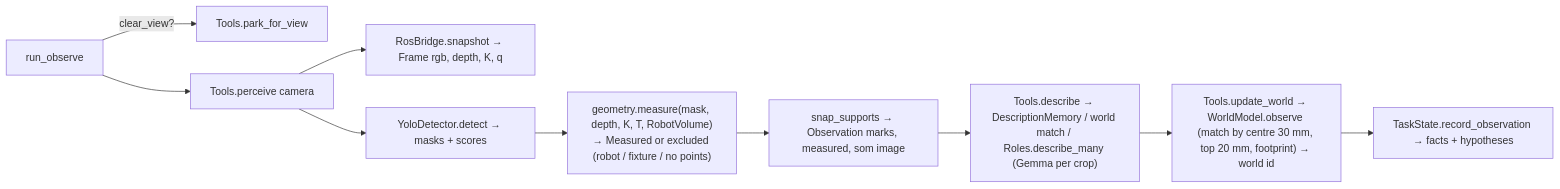
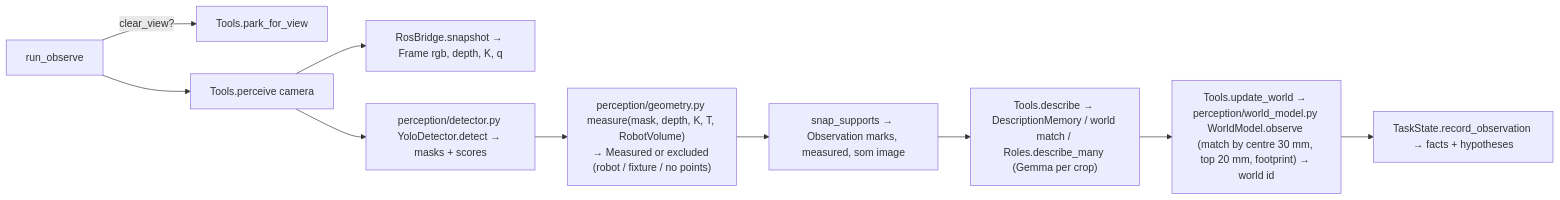
The third of 5 diagrams in docs/architecture/EXECUTION_FLOW.md (mahnoorkhalid369/MAVLA-RTM), drawn with Mermaid before and after one commit. The commit also changed other lines of this file and 6 other files, not shown here.

````diff
--- a/docs/architecture/EXECUTION_FLOW.md
+++ b/docs/architecture/EXECUTION_FLOW.md
@@ -104,12 +130,12 @@
 ```mermaid
 flowchart LR
   A[run_observe] -->|clear_view?| P[Tools.park_for_view]
   A --> B[Tools.perceive camera]
   B --> C[RosBridge.snapshot → Frame rgb, depth, K, q]
-  B --> D[YoloDetector.detect → masks + scores]
-  D --> E["geometry.measure(mask, depth, K, T, RobotVolume)\n→ Measured or excluded (robot / fixture / no points)"]
+  B --> D[perception/detector.py YoloDetector.detect → masks + scores]
+  D --> E["perception/geometry.py measure(mask, depth, K, T, RobotVolume)\n→ Measured or excluded (robot / fixture / no points)"]
   E --> F[snap_supports → Observation marks, measured, som image]
   F --> G["Tools.describe → DescriptionMemory / world match / Roles.describe_many (Gemma per crop)"]
-  G --> H["Tools.update_world → WorldModel.observe (match by centre 30 mm, top 20 mm, footprint) → world id"]
+  G --> H["Tools.update_world → perception/world_model.py WorldModel.observe (match by centre 30 mm, top 20 mm, footprint) → world id"]
   H --> I[TaskState.record_observation → facts + hypotheses]
 ```
````
